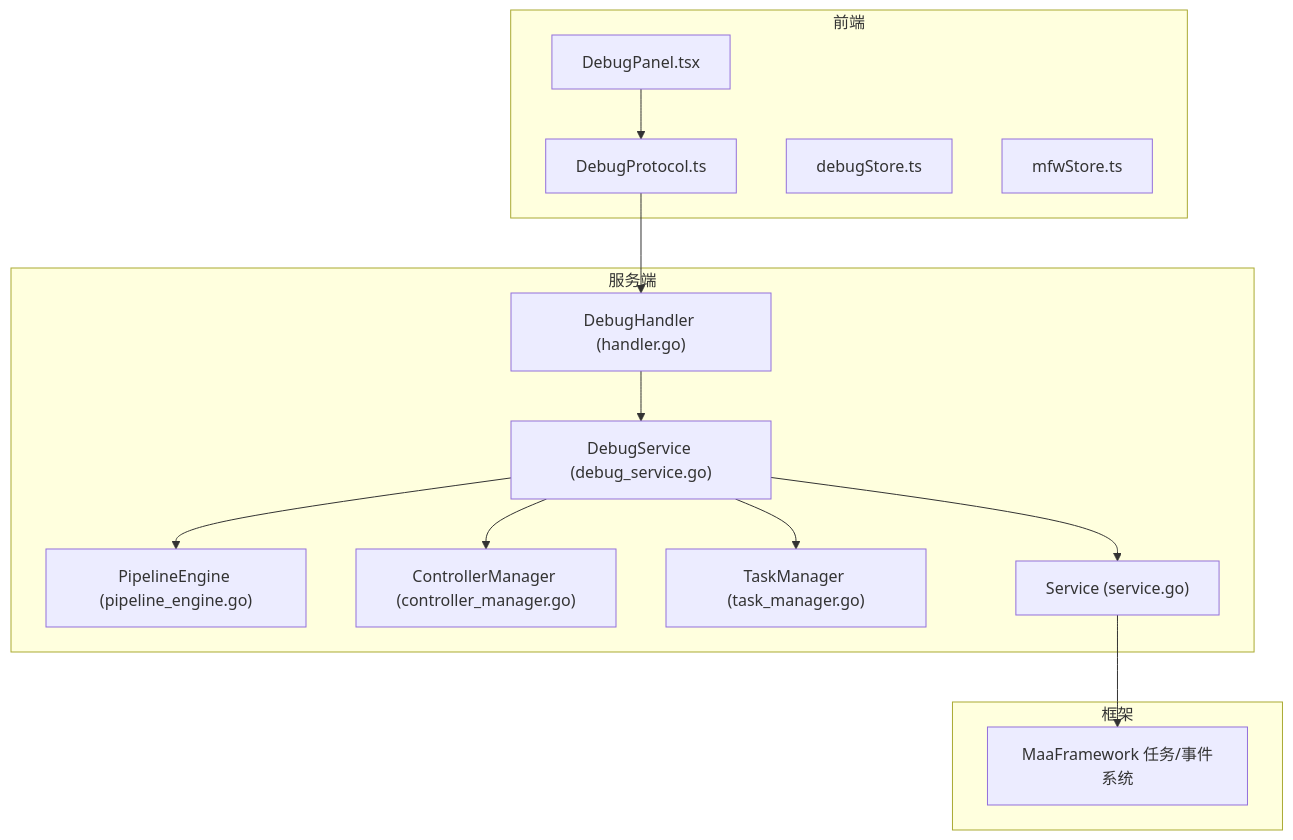
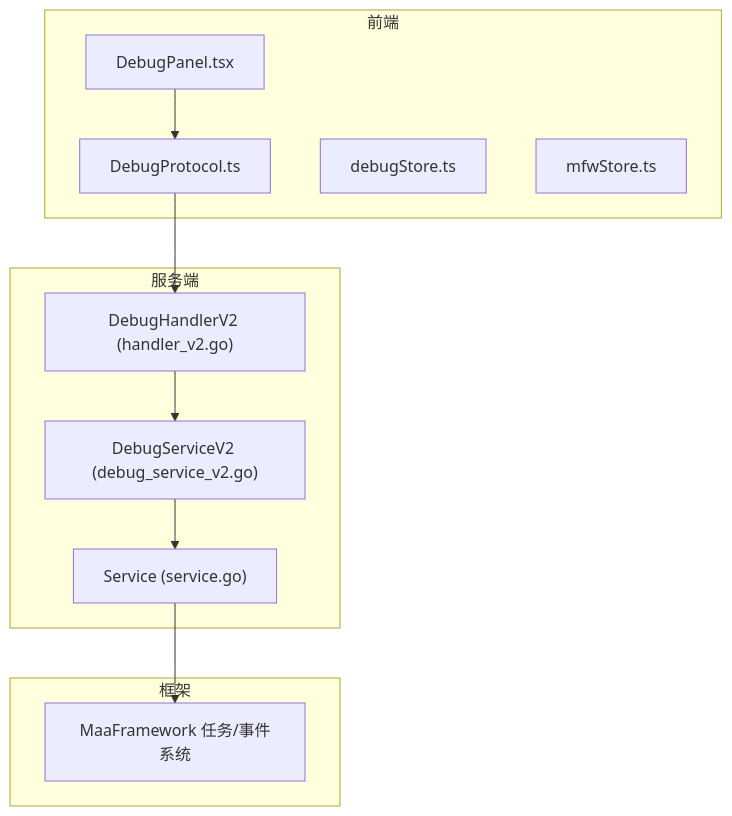
One commit to kqcoxn/MaaPipelineEditor changed the first of 3 diagrams in .qoder/repowiki/zh/content/核心概念/调试框架.md. Above: the diagram before and after it, drawn with Mermaid. The commit also changed other lines of this file and 10 other files, not shown here.

````diff
--- a/.qoder/repowiki/zh/content/核心概念/调试框架.md
+++ b/.qoder/repowiki/zh/content/核心概念/调试框架.md
@@ -46,28 +43,22 @@
 ```mermaid
 graph TB
 subgraph "前端"
 DP["DebugPanel.tsx"]
 DProt["DebugProtocol.ts"]
 DS["debugStore.ts"]
 MFS["mfwStore.ts"]
 end
 subgraph "服务端"
-DH["DebugHandler (handler.go)"]
-DSvc["DebugService (debug_service.go)"]
-PE["PipelineEngine (pipeline_engine.go)"]
-CM["ControllerManager (controller_manager.go)"]
-TM["TaskManager (task_manager.go)"]
+DHV2["DebugHandlerV2 (handler_v2.go)"]
+DSvcV2["DebugServiceV2 (debug_service_v2.go)"]
 Svc["Service (service.go)"]
 end
 subgraph "框架"
 FW["MaaFramework 任务/事件系统"]
 end
 DP --> DProt
-DProt --> DH
-DH --> DSvc
-DSvc --> PE
-DSvc --> CM
-DSvc --> TM
-DSvc --> Svc
+DProt --> DHV2
+DHV2 --> DSvcV2
+DSvcV2 --> Svc
 Svc --> FW
 ```
````
